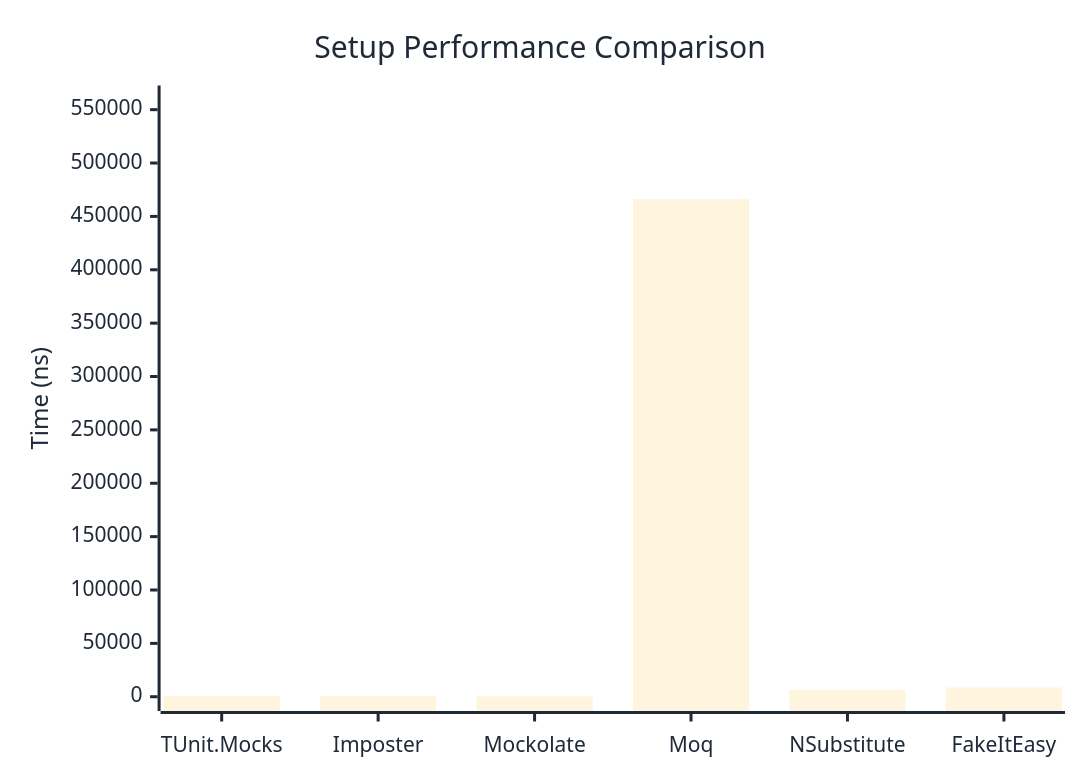
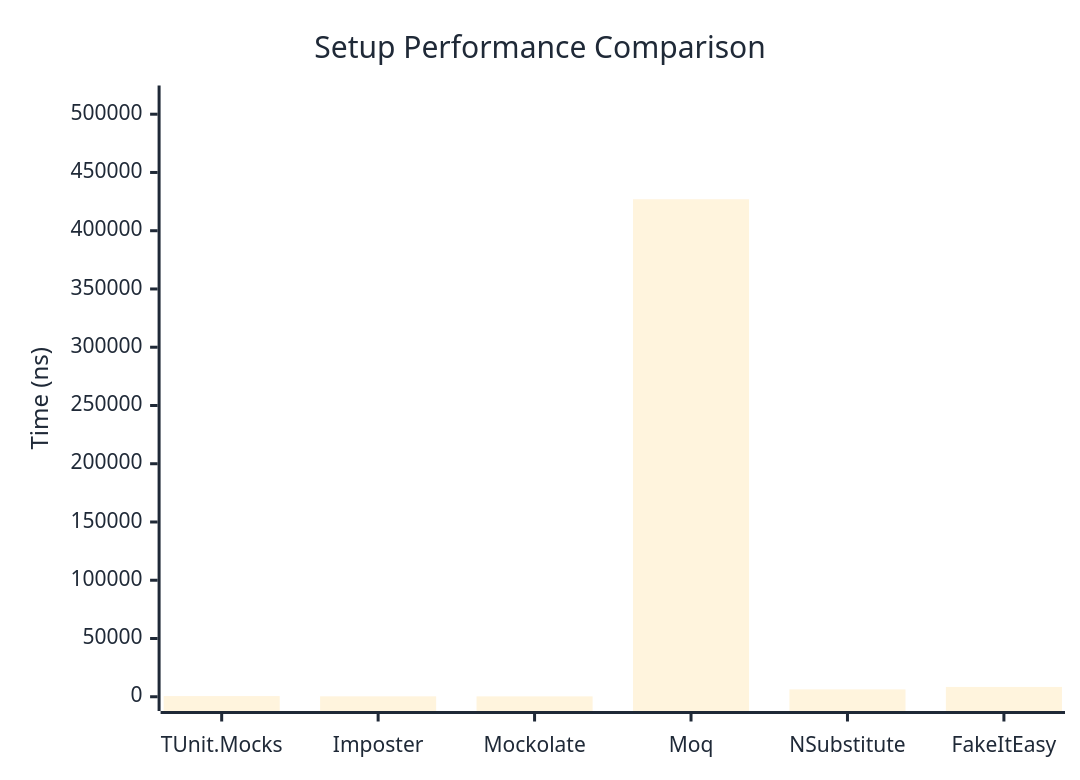
One commit to thomhurst/TUnit changed the first of 2 diagrams in docs/docs/benchmarks/mocks/Setup.md. Above: the diagram before and after it, drawn with Mermaid. The commit also changed other lines of this file and 14 other files, not shown here.

````diff
--- a/docs/docs/benchmarks/mocks/Setup.md
+++ b/docs/docs/benchmarks/mocks/Setup.md
@@ -30,27 +30,27 @@
 ```mermaid
 %%{init: {
   'theme':'base',
   'themeVariables': {
     'primaryColor': '#2563eb',
     'primaryTextColor': '#1f2937',
     'primaryBorderColor': '#1e40af',
     'lineColor': '#6b7280',
     'secondaryColor': '#7c3aed',
     'tertiaryColor': '#dc2626',
     'background': '#ffffff',
     'pie1': '#2563eb',
     'pie2': '#7c3aed',
     'pie3': '#dc2626',
     'pie4': '#f59e0b',
     'pie5': '#10b981',
     'pie6': '#06b6d4',
     'pie7': '#ec4899',
     'pie8': '#6366f1'
   }
 }}%%
 xychart-beta
   title "Setup Performance Comparison"
   x-axis ["TUnit.Mocks", "Imposter", "Mockolate", "Moq", "NSubstitute", "FakeItEasy"]
-  y-axis "Time (ns)" 0 --> 559284
-  bar [556.6, 770.9, 316.5, 466069.3, 6256.7, 8731.4]
+  y-axis "Time (ns)" 0 --> 512408
+  bar [576.1, 361.3, 324.3, 427006.6, 6312.5, 8430.8]
 ```
````
